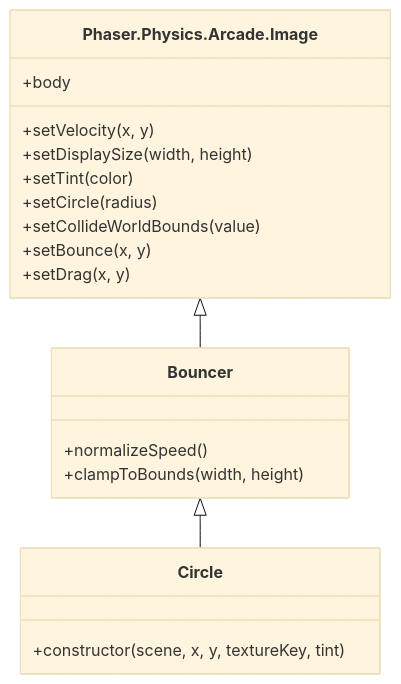
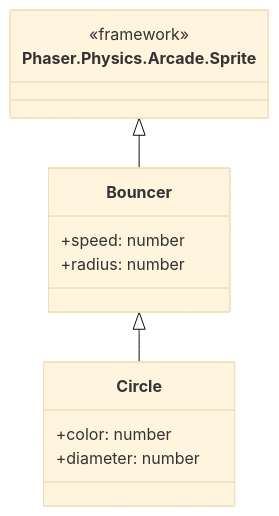
The diagram in README.md (KeithRieck/sdd_openspec_bouncer), drawn with Mermaid (base theme) before and after one commit. The commit also changed other lines of this file, not shown here.

````diff
--- a/README.md
+++ b/README.md
@@ -29,25 +29,19 @@
 ```mermaid
 classDiagram
-    class Phaser.Physics.Arcade.Image {
-      +body
-      +setVelocity(x, y)
-      +setDisplaySize(width, height)
-      +setTint(color)
-      +setCircle(radius)
-      +setCollideWorldBounds(value)
-      +setBounce(x, y)
-      +setDrag(x, y)
+    class Phaser.Physics.Arcade.Sprite {
+      <<framework>>
     }
 
     class Bouncer {
-      +normalizeSpeed()
-      +clampToBounds(width, height)
+      +speed: number
+      +radius: number
     }
 
     class Circle {
-      +constructor(scene, x, y, textureKey, tint)
+      +color: number
+      +diameter: number
     }
 
-    Phaser.Physics.Arcade.Image <|-- Bouncer
+    Phaser.Physics.Arcade.Sprite <|-- Bouncer
     Bouncer <|-- Circle
 ```
````
